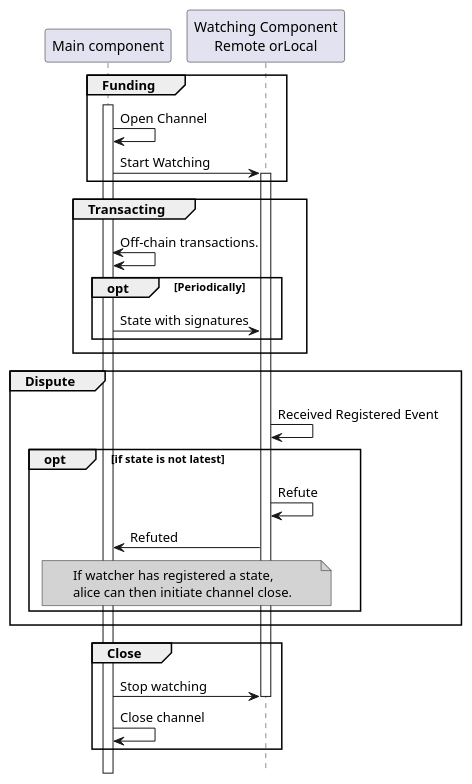
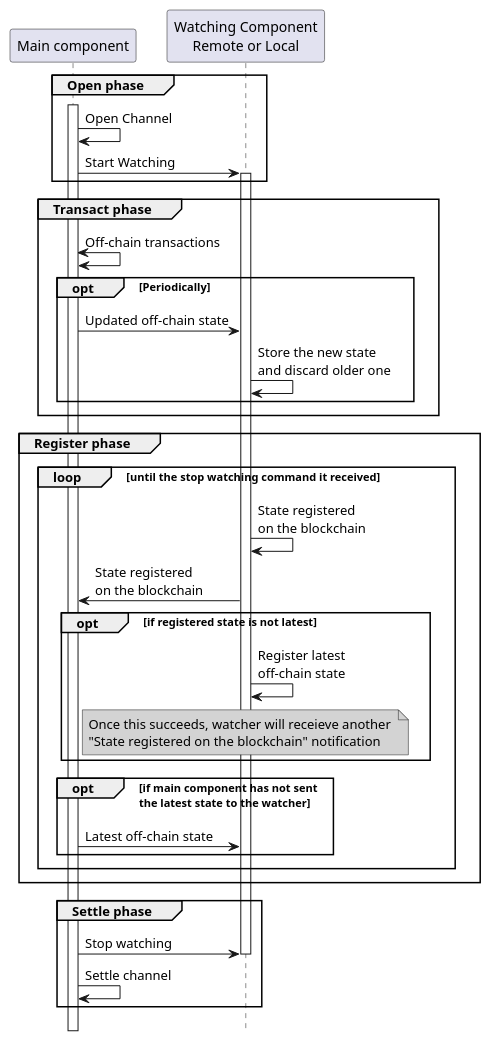
Before and after one commit to hyperledger-labs/perun-proposals: the diagram in design/004/watcher.plantuml, drawn with PlantUML. The commit also changed other lines of this file and 2 other files, not shown here.

```diff
--- a/design/004/watcher.plantuml
+++ b/design/004/watcher.plantuml
@@ -1,53 +4,49 @@
 @startuml watcher
 !pragma teoz true
 hide footbox
 
 participant "Main component" as main_component
-participant "Watching Component\nRemote orLocal" as watcher
+participant "Watching Component\nRemote or Local" as watcher
 
-group Funding
-
+group Open phase
 activate main_component
 main_component -> main_component: Open Channel
-
 main_component -> watcher: Start Watching
 activate watcher
-
 end
 
-group Transacting 
-
-main_component <-> main_component: Off-chain transactions.
-
+group Transact phase 
+main_component <-> main_component: Off-chain transactions
 opt Periodically
-main_component -> watcher: State with signatures
+main_component -> watcher: Updated off-chain state
+watcher -> watcher: Store the new state\nand discard older one
+end
 end
 
+group Register phase
+loop until the stop watching command it received
+watcher -> watcher: State registered\non the blockchain
+main_component <- watcher: State registered\non the blockchain
+opt if registered state is not latest
+watcher -> watcher: Register latest\noff-chain state
+note over watcher #LightGray
+Once this succeeds, watcher will receieve another 
+"State registered on the blockchain" notification
+end note
 end
-
-group Dispute
-
-watcher -> watcher: Received Registered Event
-
-opt if state is not latest
-watcher -> watcher: Refute
-watcher -> main_component: Refuted
-note over main_component, watcher #LightGray
-If watcher has registered a state,
-alice can then initiate channel close.
-endnote
+opt if main component has not sent\nthe latest state to the watcher
+main_component -> watcher: Latest off-chain state
 end
-
+end
 end
 
 
-group Close 
+group Settle phase 
 main_component -> watcher: Stop watching
 deactivate watcher
-main_component -> main_component: Close channel
-
+main_component -> main_component: Settle channel
 end
 
 
 
 @enduml
```
